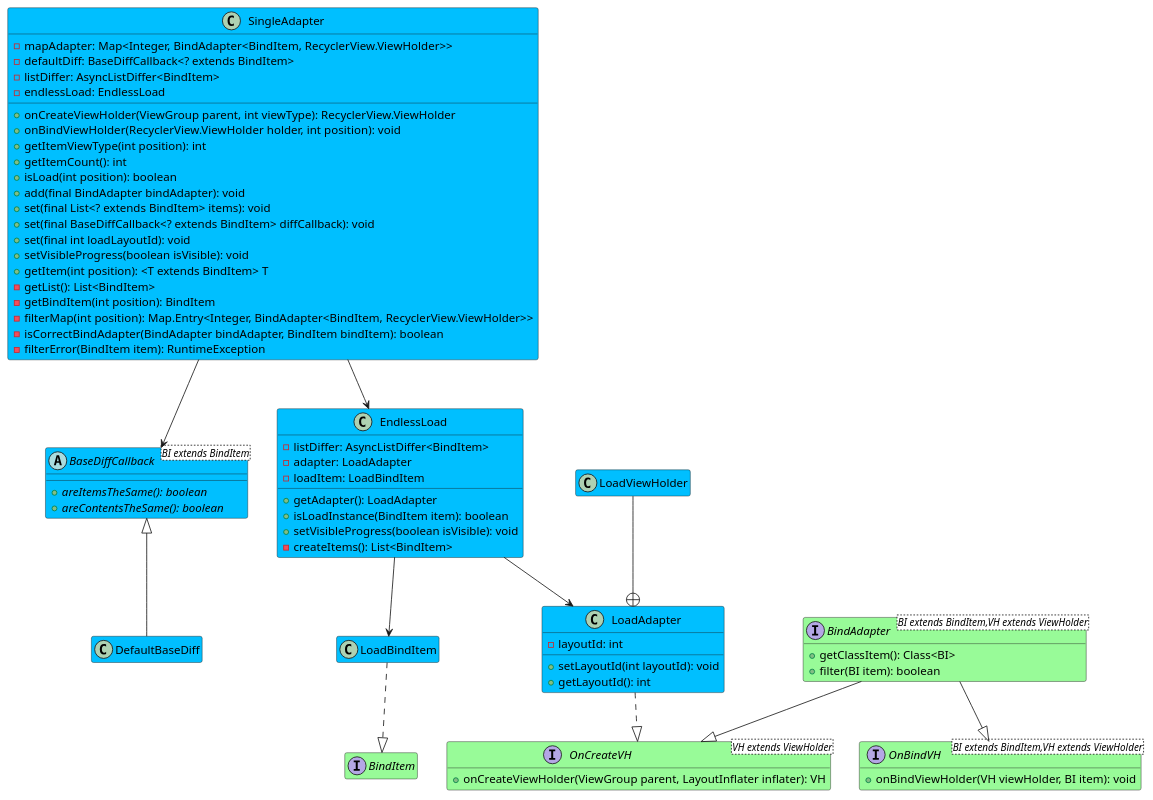
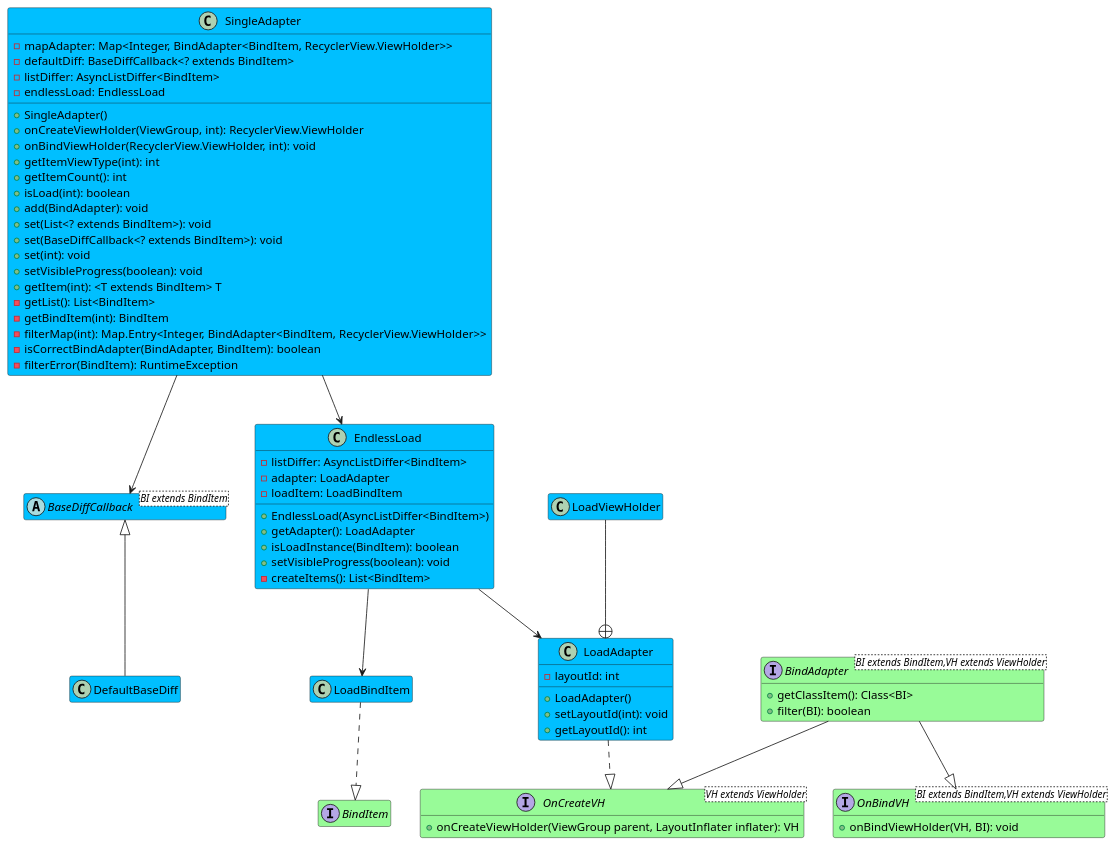
One commit to vanskarner/SingleAdapter changed the diagram in singleAdapter/src/main/java/com/vanskarner/singleadapter/Diagram.puml. Above: the diagram before and after it, drawn with PlantUML.

Commit message:
Normalization to uml class diagram - part 1

```diff
--- a/singleAdapter/src/main/java/com/vanskarner/singleadapter/Diagram.puml
+++ b/singleAdapter/src/main/java/com/vanskarner/singleadapter/Diagram.puml
@@ -1,94 +1,96 @@
 @startuml
 'https://plantuml.com/class-diagram
 
 /'Specification of classes and interfaces'/
 class SingleAdapter{
     - mapAdapter: Map<Integer, BindAdapter<BindItem, RecyclerView.ViewHolder>>
     - defaultDiff: BaseDiffCallback<? extends BindItem>
     - listDiffer: AsyncListDiffer<BindItem>
     - endlessLoad: EndlessLoad
 
-    + onCreateViewHolder(ViewGroup parent, int viewType): RecyclerView.ViewHolder
-    + onBindViewHolder(RecyclerView.ViewHolder holder, int position): void
-    + getItemViewType(int position): int
+    + SingleAdapter()
+    + onCreateViewHolder(ViewGroup, int): RecyclerView.ViewHolder
+    + onBindViewHolder(RecyclerView.ViewHolder, int): void
+    + getItemViewType(int): int
     + getItemCount(): int
-    + isLoad(int position): boolean
-    + add(final BindAdapter bindAdapter): void
-    + set(final List<? extends BindItem> items): void
-    + set(final BaseDiffCallback<? extends BindItem> diffCallback): void
-    + set(final int loadLayoutId): void
-    + setVisibleProgress(boolean isVisible): void
-    + getItem(int position): <T extends BindItem> T
+    + isLoad(int): boolean
+    + add(BindAdapter): void
+    + set(List<? extends BindItem>): void
+    + set(BaseDiffCallback<? extends BindItem>): void
+    + set(int): void
+    + setVisibleProgress(boolean): void
+    + getItem(int): <T extends BindItem> T
     - getList(): List<BindItem>
-    - getBindItem(int position): BindItem
-    - filterMap(int position): Map.Entry<Integer, BindAdapter<BindItem, RecyclerView.ViewHolder>>
-    - isCorrectBindAdapter(BindAdapter bindAdapter, BindItem bindItem): boolean
-    - filterError(BindItem item): RuntimeException
+    - getBindItem(int): BindItem
+    - filterMap(int): Map.Entry<Integer, BindAdapter<BindItem, RecyclerView.ViewHolder>>
+    - isCorrectBindAdapter(BindAdapter, BindItem): boolean
+    - filterError(BindItem): RuntimeException
 }
 class EndlessLoad{
     - listDiffer: AsyncListDiffer<BindItem>
     - adapter: LoadAdapter
     - loadItem: LoadBindItem
 
+    + EndlessLoad(AsyncListDiffer<BindItem>)
     + getAdapter(): LoadAdapter
-    + isLoadInstance(BindItem item): boolean
-    + setVisibleProgress(boolean isVisible): void
+    + isLoadInstance(BindItem): boolean
+    + setVisibleProgress(boolean): void
     - createItems(): List<BindItem>
 }
 class LoadAdapter{
     - layoutId: int
-    + setLayoutId(int layoutId): void
+
+    + LoadAdapter()
+    + setLayoutId(int): void
     + getLayoutId(): int
 }
 class LoadBindItem
-abstract class BaseDiffCallback<BI extends BindItem>{
-    + {abstract} areItemsTheSame(): boolean
-    + {abstract} areContentsTheSame(): boolean
-}
+abstract class BaseDiffCallback<BI extends BindItem>
 class DefaultBaseDiff
 interface BindItem
 interface OnCreateVH<VH extends ViewHolder>{
     + onCreateViewHolder(ViewGroup parent, LayoutInflater inflater): VH
 }
 interface OnBindVH<BI extends BindItem,VH extends ViewHolder>{
-    + onBindViewHolder(VH viewHolder, BI item): void
+    + onBindViewHolder(VH, BI): void
 }
 interface BindAdapter<BI extends BindItem,VH extends ViewHolder>{
     + getClassItem(): Class<BI>
-    + filter(BI item): boolean
+    + filter(BI): boolean
 }
 class LoadViewHolder
 
 /'Relations'/
 SingleAdapter --> BaseDiffCallback
 SingleAdapter --> EndlessLoad
 BindAdapter --|> OnCreateVH
 BindAdapter --|> OnBindVH
 BaseDiffCallback <|-- DefaultBaseDiff
 EndlessLoad --> LoadAdapter
 EndlessLoad --> LoadBindItem
 LoadAdapter ..|> OnCreateVH
 LoadBindItem ..|> BindItem
 LoadViewHolder --+ LoadAdapter
 
 /'visual customization'/
 hide LoadViewHolder members
 hide LoadBindItem members
+hide BaseDiffCallback members
 hide DefaultBaseDiff members
 hide BindItem members
 hide OnCreateVH attributes
 hide BindAdapter attributes
 hide OnBindVH attributes
 interface BindItem #paleGreen
 interface OnCreateVH #paleGreen
 interface OnBindVH #paleGreen
 interface BindAdapter #paleGreen
 class SingleAdapter #deepskyblue
 abstract class BaseDiffCallback #deepskyblue
 class EndlessLoad #deepskyblue
 class DefaultBaseDiff #deepskyblue
 class LoadBindItem #deepskyblue
 class LoadViewHolder #deepskyblue
 class LoadAdapter #deepskyblue
 
 @enduml
```
